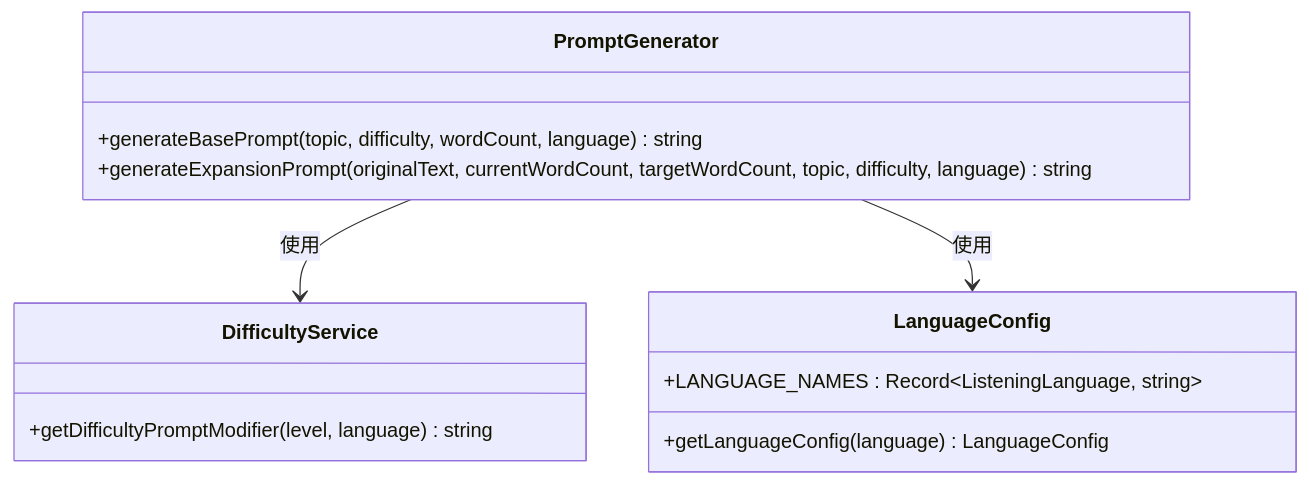
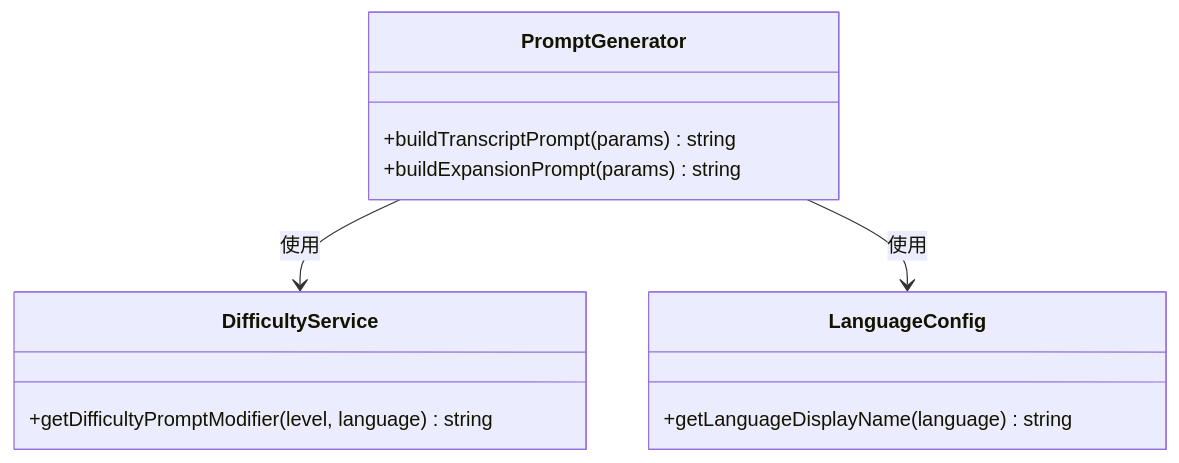
One commit to arthurlee116/english-listening-trainer changed the third of 6 diagrams in .qoder/repowiki/zh/content/后端API接口/AI内容生成API/转录文本生成API.md. Above: the diagram before and after it, drawn with Mermaid. The commit also changed other lines of this file and 58 other files, not shown here.

````diff
--- a/.qoder/repowiki/zh/content/后端API接口/AI内容生成API/转录文本生成API.md
+++ b/.qoder/repowiki/zh/content/后端API接口/AI内容生成API/转录文本生成API.md
@@ -118,16 +133,15 @@
 ```mermaid
 classDiagram
 class PromptGenerator {
-+generateBasePrompt(topic, difficulty, wordCount, language) string
-+generateExpansionPrompt(originalText, currentWordCount, targetWordCount, topic, difficulty, language) string
++buildTranscriptPrompt(params) string
++buildExpansionPrompt(params) string
 }
 class DifficultyService {
 +getDifficultyPromptModifier(level, language) string
 }
 class LanguageConfig {
-+LANGUAGE_NAMES : Record~ListeningLanguage, string~
-+getLanguageConfig(language) LanguageConfig
++getLanguageDisplayName(language) string
 }
 PromptGenerator --> DifficultyService : 使用
 PromptGenerator --> LanguageConfig : 使用
 ```
````
